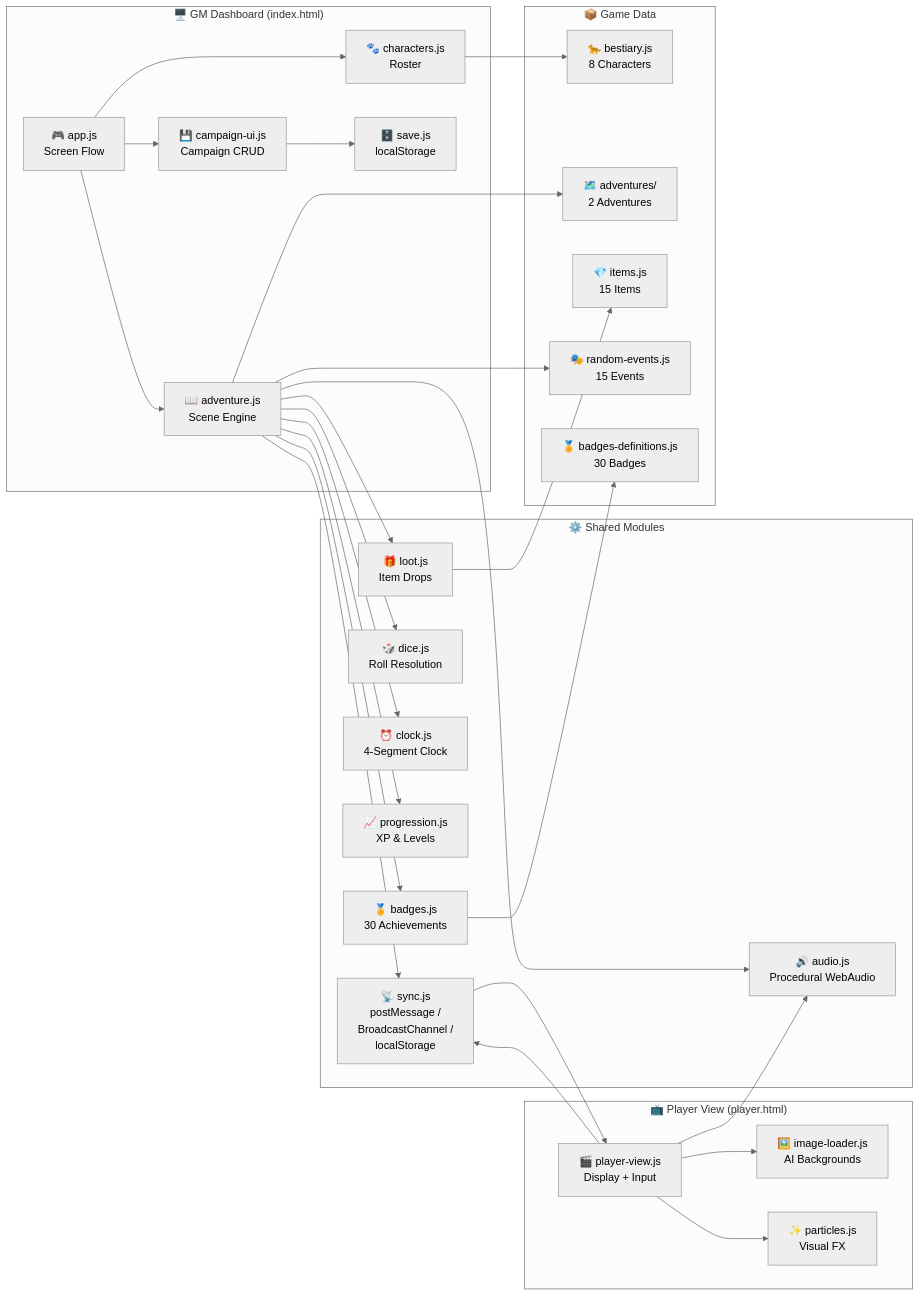
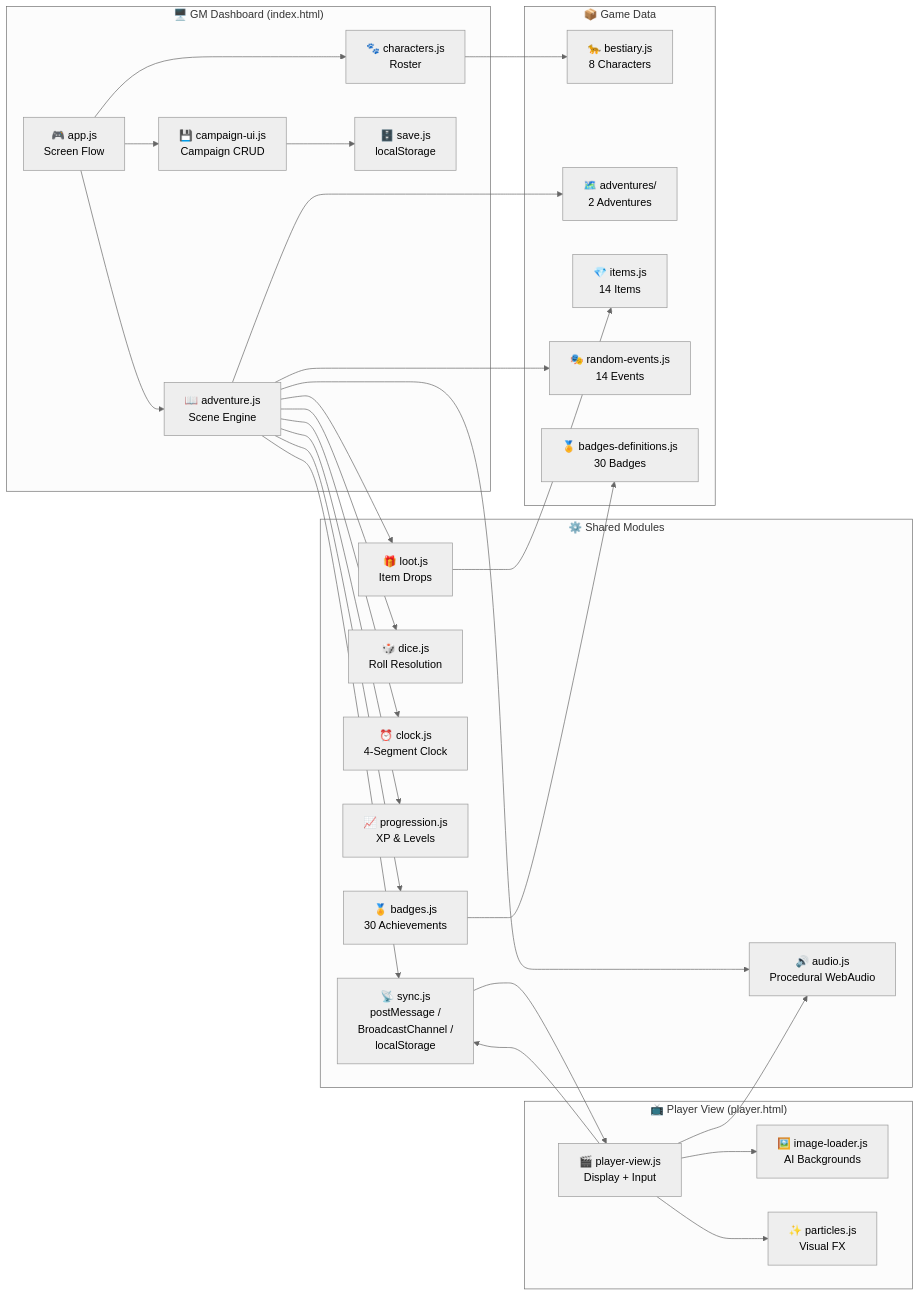
The diagram in README.md (jnrivra/creador_rol), drawn with Mermaid (neutral theme) before and after one commit. The commit also changed other lines of this file and 3 other files, not shown here.

````diff
--- a/README.md
+++ b/README.md
@@ -25,56 +39,56 @@
 ```mermaid
 flowchart LR
     subgraph GM["🖥️ GM Dashboard (index.html)"]
         APP[🎮 app.js<br>Screen Flow]
         ADV[📖 adventure.js<br>Scene Engine]
         CHAR[🐾 characters.js<br>Roster]
         CAMP[💾 campaign-ui.js<br>Campaign CRUD]
         SAVE[🗄️ save.js<br>localStorage]
     end
 
     subgraph Player["📺 Player View (player.html)"]
         PV[🎬 player-view.js<br>Display + Input]
         IMG[🖼️ image-loader.js<br>AI Backgrounds]
         PART[✨ particles.js<br>Visual FX]
     end
 
     subgraph Shared["⚙️ Shared Modules"]
         SYNC[📡 sync.js<br>postMessage /<br>BroadcastChannel /<br>localStorage]
         AUDIO[🔊 audio.js<br>Procedural WebAudio]
         DICE[🎲 dice.js<br>Roll Resolution]
         CLOCK[⏰ clock.js<br>4-Segment Clock]
         PROG[📈 progression.js<br>XP & Levels]
         BADGE[🏅 badges.js<br>30 Achievements]
         LOOT[🎁 loot.js<br>Item Drops]
     end
 
     subgraph Data["📦 Game Data"]
         BEST[🐆 bestiary.js<br>8 Characters]
         SCENES[🗺️ adventures/<br>2 Adventures]
-        ITEMS[💎 items.js<br>15 Items]
-        EVENTS[🎭 random-events.js<br>15 Events]
+        ITEMS[💎 items.js<br>14 Items]
+        EVENTS[🎭 random-events.js<br>14 Events]
         BADGES_D[🏅 badges-definitions.js<br>30 Badges]
     end
 
     APP --> ADV
     APP --> CHAR
     APP --> CAMP
     CAMP --> SAVE
     ADV --> SYNC
     SYNC --> PV
     PV --> SYNC
     ADV --> DICE
     ADV --> CLOCK
     ADV --> PROG
     ADV --> BADGE
     ADV --> LOOT
     ADV --> SCENES
     CHAR --> BEST
     LOOT --> ITEMS
     BADGE --> BADGES_D
     ADV --> EVENTS
     PV --> IMG
     PV --> PART
     PV --> AUDIO
     ADV --> AUDIO
 ```
````
